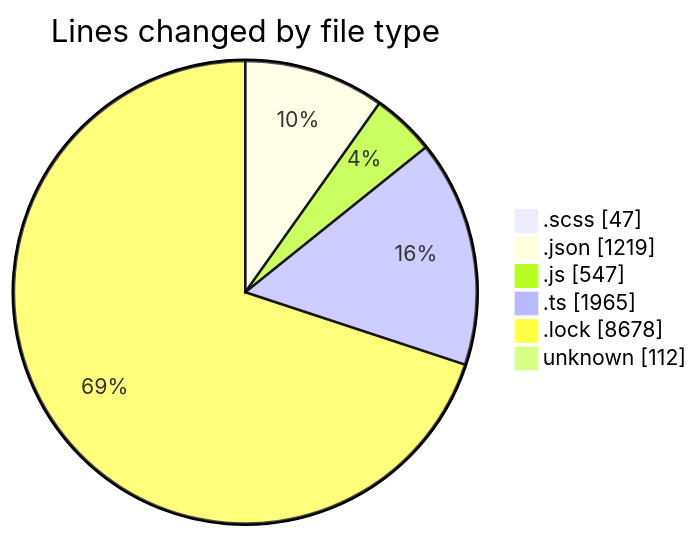
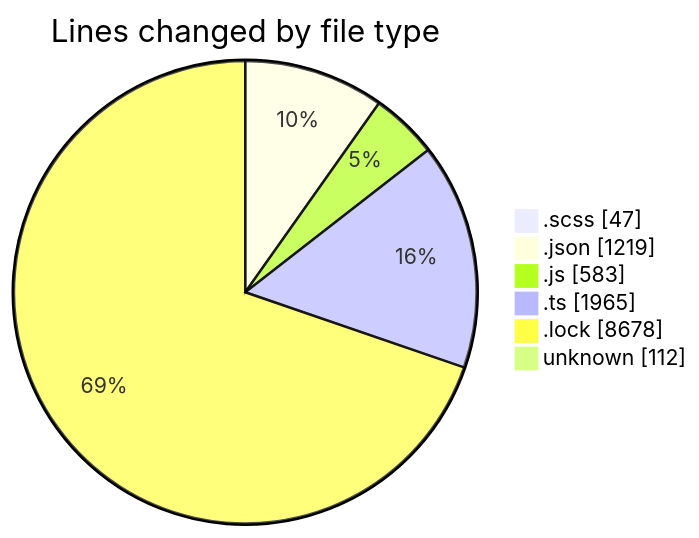
The first of 2 diagrams in 2026-04-21/cda/README.md (momahboobian/code-tracking), drawn with Mermaid before and after one commit. The commit also changed other lines of this file and 1 other file, not shown here.

````diff
--- a/2026-04-21/cda/README.md
+++ b/2026-04-21/cda/README.md
@@ -44,10 +44,10 @@
 ```mermaid
 pie showData
 title Lines changed by file type
 ".scss" : 47
 ".json" : 1219
-".js" : 547
+".js" : 583
 ".ts" : 1965
 ".lock" : 8678
 "unknown" : 112
 ```
````
